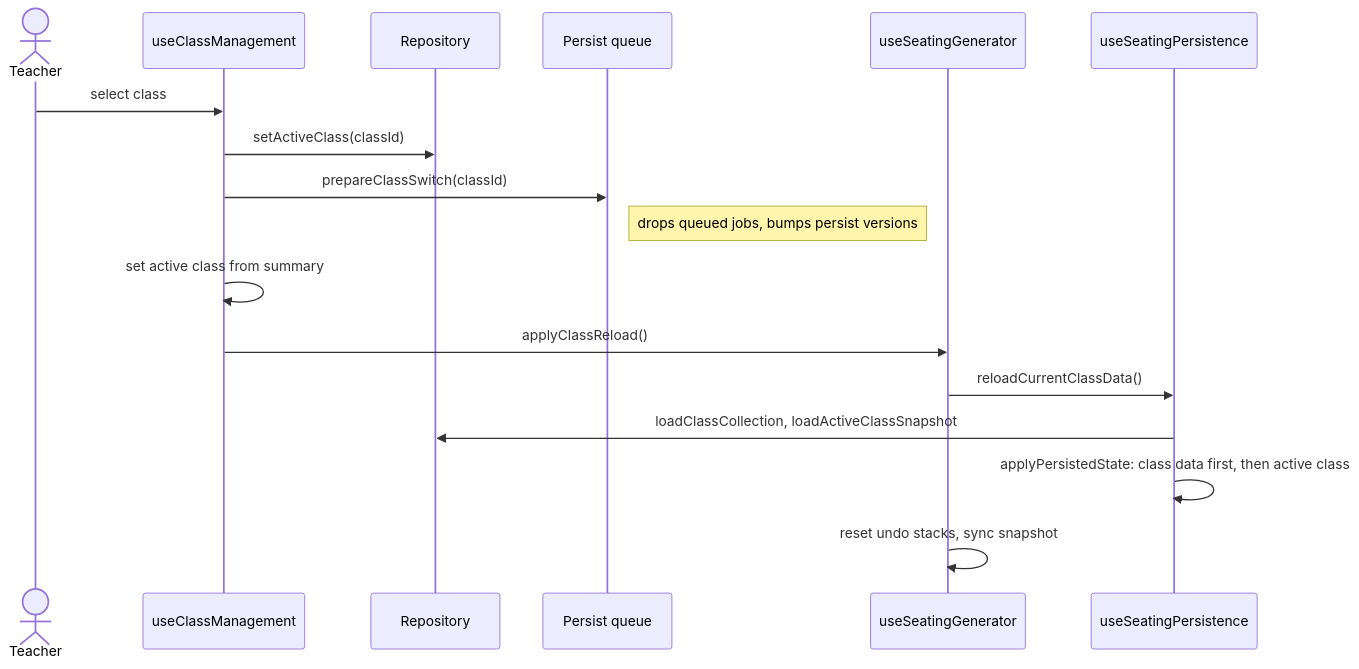
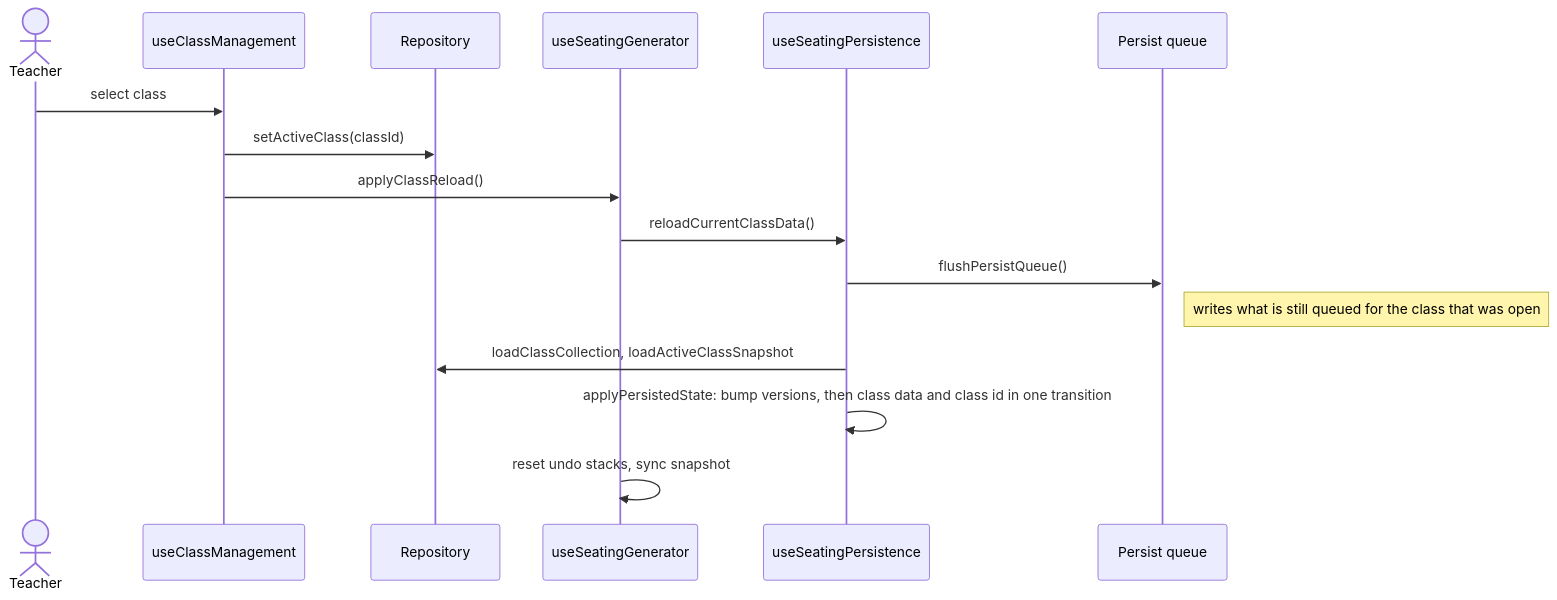
The third of 3 diagrams in docs/ARCHITECTURE.md (SirEckehard/Klassenplan), drawn with Mermaid before and after one commit. The commit also changed other lines of this file and 64 other files, not shown here.

````diff
--- a/docs/ARCHITECTURE.md
+++ b/docs/ARCHITECTURE.md
@@ -221,20 +221,19 @@
 ```mermaid
 sequenceDiagram
   actor teacher as Teacher
   participant classes as useClassManagement
   participant repo as Repository
-  participant queue as Persist queue
   participant gen as useSeatingGenerator
   participant pers as useSeatingPersistence
+  participant queue as Persist queue
 
   teacher->>classes: select class
   classes->>repo: setActiveClass(classId)
-  classes->>queue: prepareClassSwitch(classId)
-  Note right of queue: drops queued jobs, bumps persist versions
-  classes->>classes: set active class from summary
   classes->>gen: applyClassReload()
   gen->>pers: reloadCurrentClassData()
+  pers->>queue: flushPersistQueue()
+  Note right of queue: writes what is still queued for the class that was open
   pers->>repo: loadClassCollection, loadActiveClassSnapshot
-  pers->>pers: applyPersistedState: class data first, then active class
+  pers->>pers: applyPersistedState: bump versions, then class data and class id in one transition
   gen->>gen: reset undo stacks, sync snapshot
 ```
````
